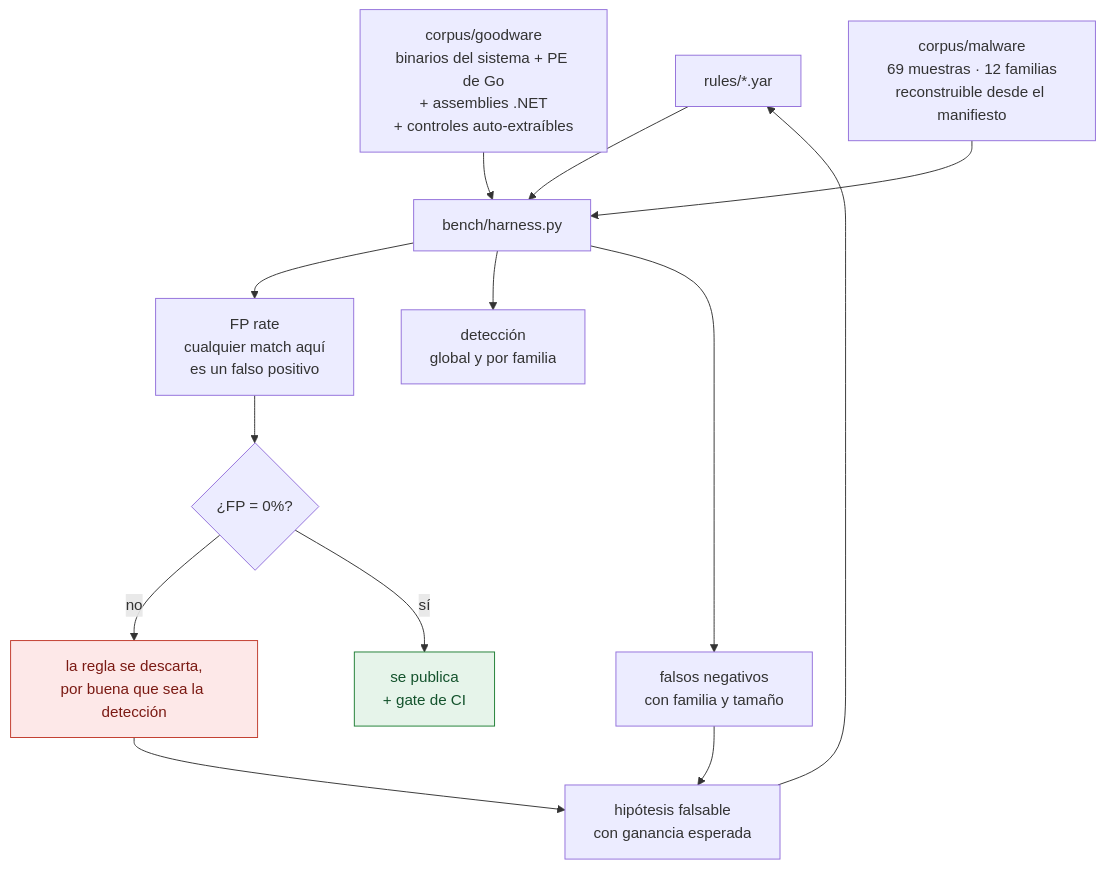
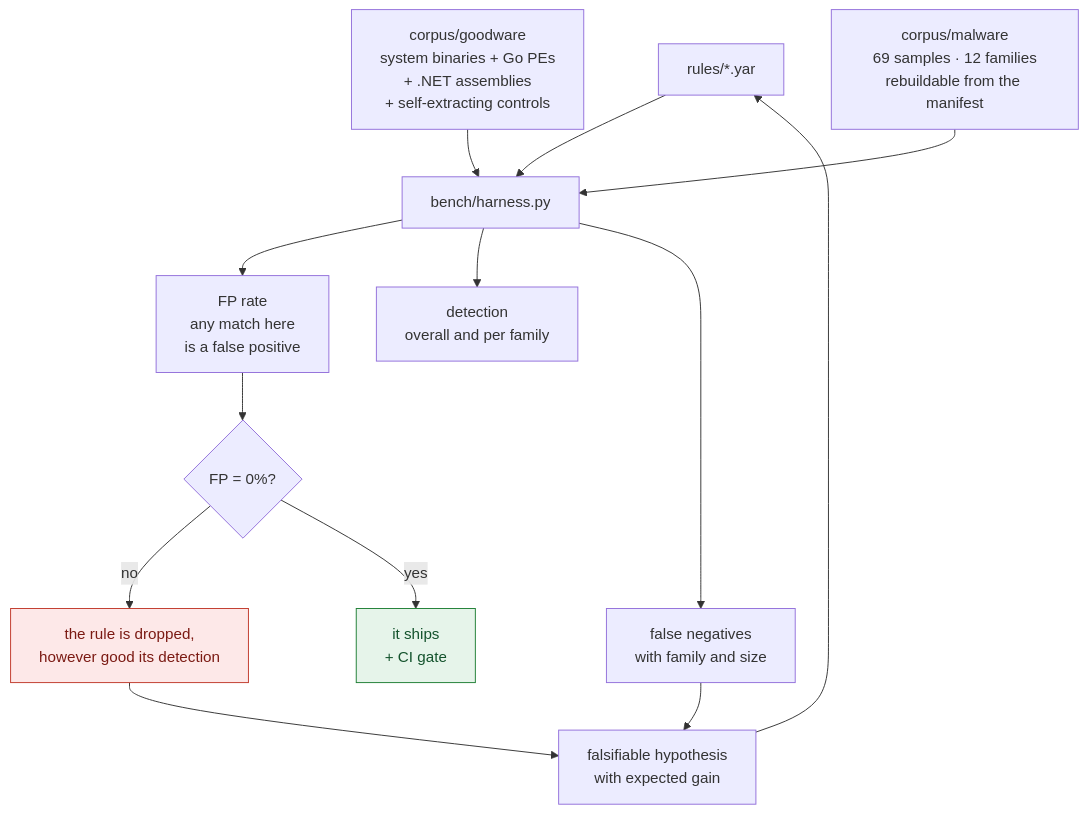
One commit to jorgeress/crisol changed the second of 2 diagrams in README.md. Above: the diagram before and after it, drawn with Mermaid. The commit also changed other lines of this file and 20 other files, not shown here.

````diff
--- a/README.md
+++ b/README.md
@@ -133,23 +139,23 @@
 ```mermaid
 flowchart TD
     RU["rules/*.yar"] --> H["bench/harness.py"]
-    G["corpus/goodware<br/>binarios del sistema + PE de Go<br/>+ assemblies .NET<br/>+ controles auto-extraíbles"] --> H
-    M["corpus/malware<br/>69 muestras · 12 familias<br/>reconstruible desde el manifiesto"] --> H
+    G["corpus/goodware<br/>system binaries + Go PEs<br/>+ .NET assemblies<br/>+ self-extracting controls"] --> H
+    M["corpus/malware<br/>69 samples · 12 families<br/>rebuildable from the manifest"] --> H
 
-    H --> FP["FP rate<br/>cualquier match aquí<br/>es un falso positivo"]
-    H --> DE["detección<br/>global y por familia"]
-    H --> FN["falsos negativos<br/>con familia y tamaño"]
+    H --> FP["FP rate<br/>any match here<br/>is a false positive"]
+    H --> DE["detection<br/>overall and per family"]
+    H --> FN["false negatives<br/>with family and size"]
 
-    FP --> GATE{"¿FP = 0%?"}
-    GATE -->|"no"| KILL["la regla se descarta,<br/>por buena que sea la detección"]
-    GATE -->|"sí"| SHIP["se publica<br/>+ gate de CI"]
+    FP --> GATE{"FP = 0%?"}
+    GATE -->|"no"| KILL["the rule is dropped,<br/>however good its detection"]
+    GATE -->|"yes"| SHIP["it ships<br/>+ CI gate"]
 
-    FN --> HIP["hipótesis falsable<br/>con ganancia esperada"]
+    FN --> HIP["falsifiable hypothesis<br/>with expected gain"]
     HIP --> RU
     KILL --> HIP
 
     classDef malo fill:#fde8e8,stroke:#c0392b,color:#7b1a13;
     classDef bueno fill:#e6f4ea,stroke:#1e7e34,color:#14532d;
     class KILL malo
     class SHIP bueno
 ```
````
